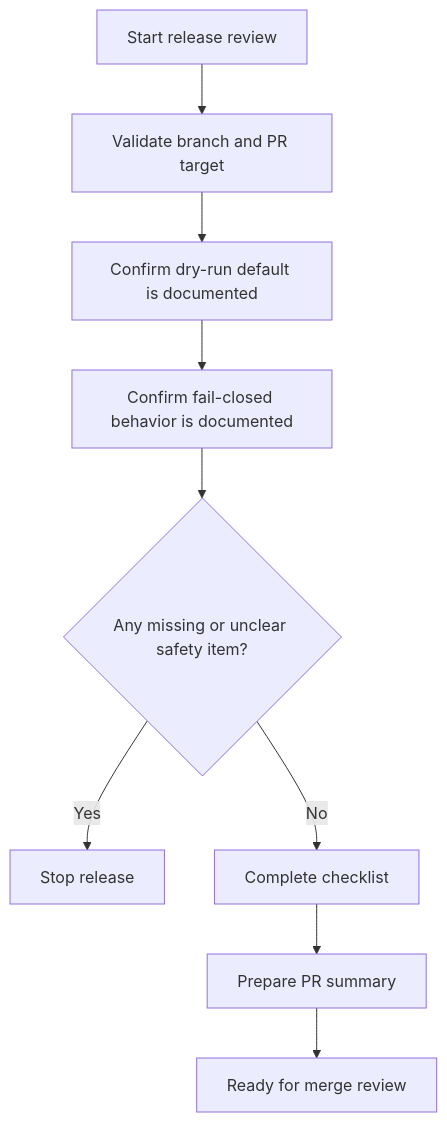
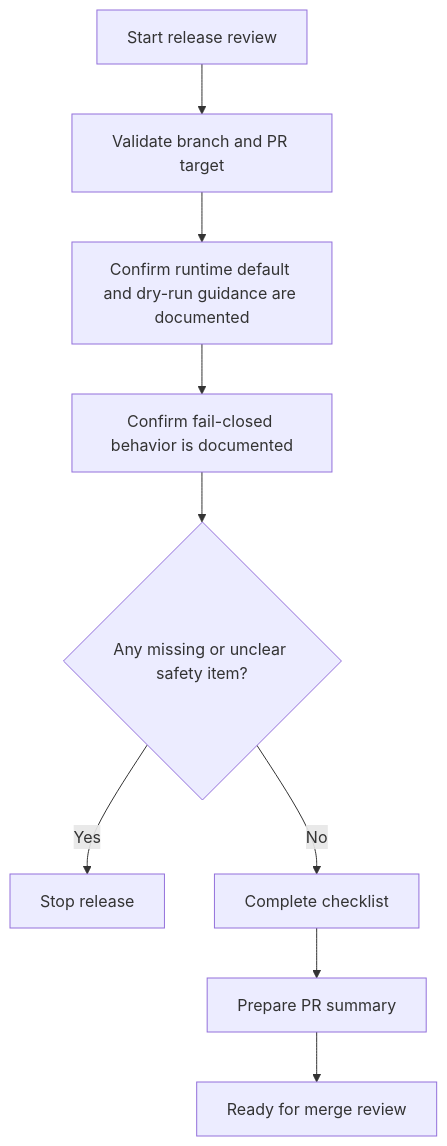
The second of 3 diagrams in flowcharts/release-readiness.md (vivekvedant/prune-guard), drawn with Mermaid before and after one commit. The commit also changed other lines of this file and 12 other files, not shown here.

Commit message:
policy(config): default dry_run to false

````diff
--- a/flowcharts/release-readiness.md
+++ b/flowcharts/release-readiness.md
@@ -20,11 +20,11 @@
 ```mermaid
 flowchart TD
     A[Start release review] --> B[Validate branch and PR target]
-    B --> C[Confirm dry-run default is documented]
+    B --> C[Confirm runtime default and dry-run guidance are documented]
     C --> D[Confirm fail-closed behavior is documented]
     D --> E{Any missing or unclear safety item?}
     E -- Yes --> F[Stop release]
     E -- No --> G[Complete checklist]
     G --> H[Prepare PR summary]
     H --> I[Ready for merge review]
 ```
````
